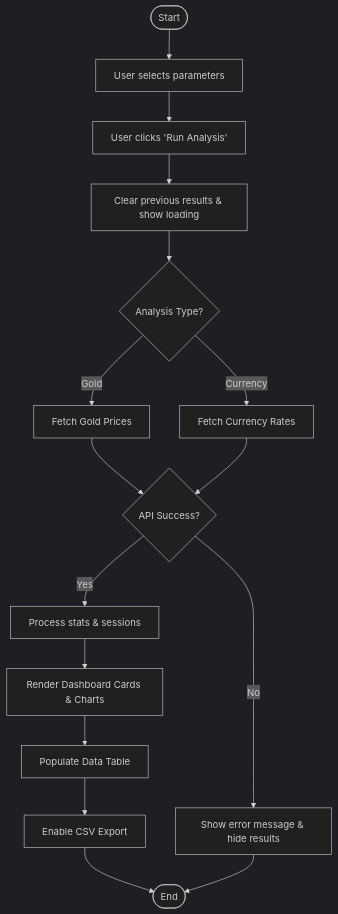
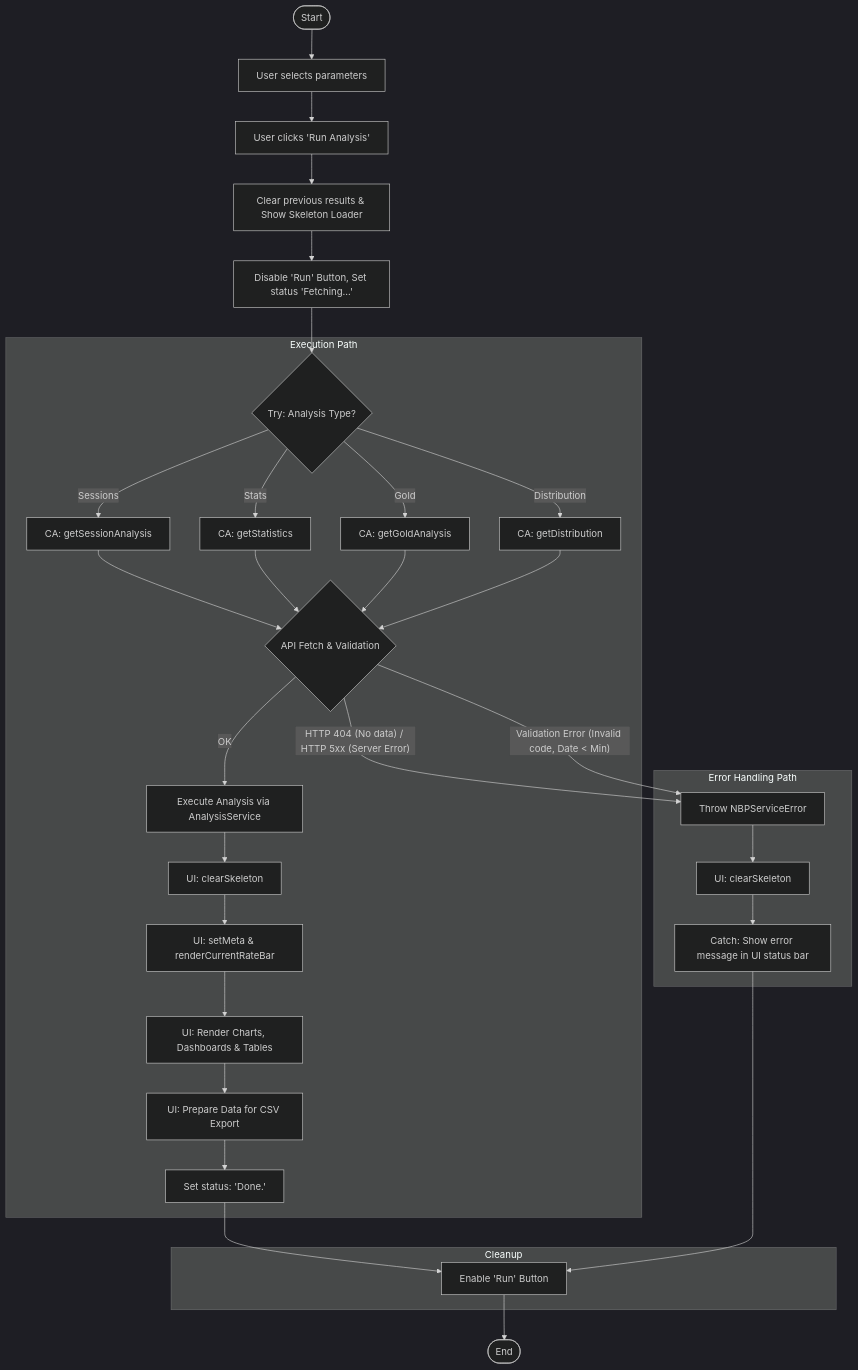
Before and after one commit to IIS-ZPI/ZPI2025_IO3_ZPI3: the first of 3 diagrams in docs/UML.md, drawn with Mermaid (dark theme). The commit also changed other lines of this file, not shown here.

Commit message:
feat: additional graph (Component diagram), error handling added to Activity diagram

````diff
--- a/docs/UML.md
+++ b/docs/UML.md
@@ -6,18 +6,44 @@
 ```mermaid
 flowchart TD
     A([Start]) --> B[User selects parameters]
     B --> C[User clicks 'Run Analysis']
-    C --> D[Clear previous results & show loading]
-    D --> E{Analysis Type?}
-    E -- Gold --> F[Fetch Gold Prices]
-    E -- Currency --> G[Fetch Currency Rates]
-    F --> H{API Success?}
-    G --> H
-    H -- No --> I[Show error message & hide results]
-    H -- Yes --> J[Process stats & sessions]
-    J --> K[Render Dashboard Cards & Charts]
-    K --> L[Populate Data Table]
-    L --> M[Enable CSV Export]
-    M --> N([End])
-    I --> N
+    C --> D[Clear previous results & Show Skeleton Loader]
+    D --> E[Disable 'Run' Button, Set status 'Fetching...']
+    
+    E --> F{Try: Analysis Type?}
+    
+    subgraph TryBlock [Execution Path]
+        F -- Sessions --> G1[CA: getSessionAnalysis]
+        F -- Stats --> G2[CA: getStatistics]
+        F -- Gold --> G3[CA: getGoldAnalysis]
+        F -- Distribution --> G4[CA: getDistribution]
+        
+        G1 --> J{API Fetch & Validation}
+        G2 --> J
+        G3 --> J
+        G4 --> J
+        
+        J -- OK --> K[Execute Analysis via AnalysisService]
+        K --> L1[UI: clearSkeleton]
+        L1 --> L2[UI: setMeta & renderCurrentRateBar]
+        L2 --> L3[UI: Render Charts, Dashboards & Tables]
+        L3 --> M[UI: Prepare Data for CSV Export]
+        M --> N[Set status: 'Done.']
+    end
+    
+    subgraph CatchBlock [Error Handling Path]
+        J -- "HTTP 404 (No data) / HTTP 5xx (Server Error)" --> O[Throw NBPServiceError]
+        J -- "Validation Error (Invalid code, Date < Min)" --> O
+        O --> P1[UI: clearSkeleton]
+        P1 --> P[Catch: Show error message in UI status bar]
+    end
+    
+    N --> Q
+    P --> Q
+    
+    subgraph FinallyBlock [Cleanup]
+        Q[Enable 'Run' Button]
+    end
+    
+    Q --> R([End])
 ```
````
